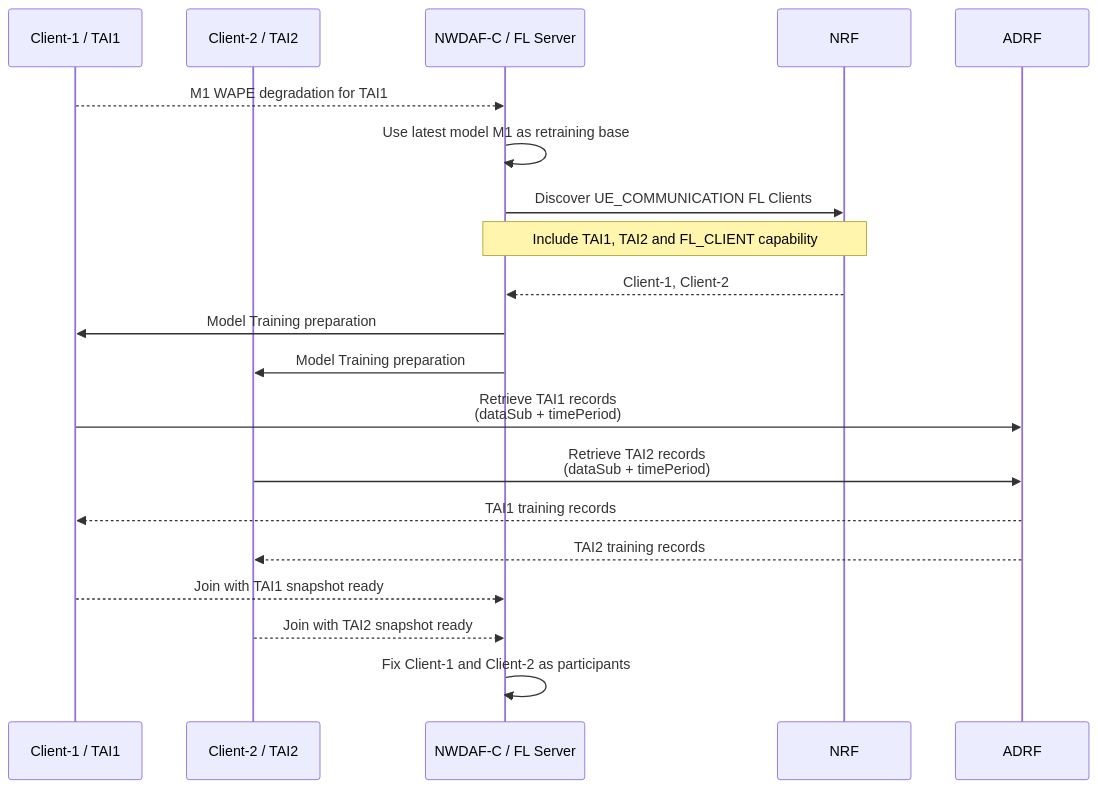
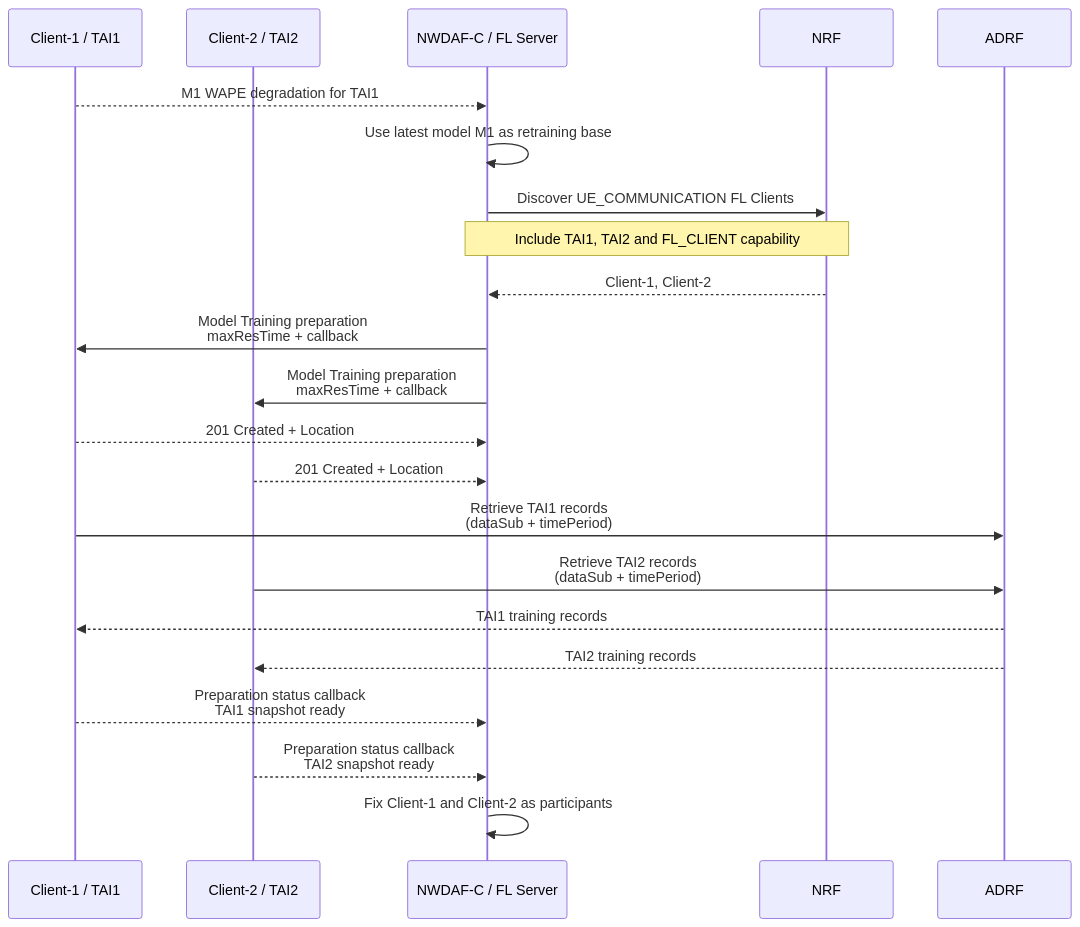
Before and after one commit to ChingJe/nwdaf-docs: the sixth of 9 diagrams in docs/notes/distributed/overview/federated_retraining_meeting_overview.md, drawn with Mermaid. The commit also changed other lines of this file and 4 other files, not shown here.

````diff
--- a/docs/notes/distributed/overview/federated_retraining_meeting_overview.md
+++ b/docs/notes/distributed/overview/federated_retraining_meeting_overview.md
@@ -145,24 +145,26 @@
 ```mermaid
 sequenceDiagram
     participant A as Client-1 / TAI1
     participant B as Client-2 / TAI2
     participant C as NWDAF-C / FL Server
     participant NRF as NRF
     participant ADRF as ADRF
 
     A-->>C: M1 WAPE degradation for TAI1
     C->>C: Use latest model M1 as retraining base
     C->>NRF: Discover UE_COMMUNICATION FL Clients
     Note over C,NRF: Include TAI1, TAI2 and FL_CLIENT capability
     NRF-->>C: Client-1, Client-2
 
-    C->>A: Model Training preparation
-    C->>B: Model Training preparation
+    C->>A: Model Training preparation<br/>maxResTime + callback
+    C->>B: Model Training preparation<br/>maxResTime + callback
+    A-->>C: 201 Created + Location
+    B-->>C: 201 Created + Location
     A->>ADRF: Retrieve TAI1 records<br/>(dataSub + timePeriod)
     B->>ADRF: Retrieve TAI2 records<br/>(dataSub + timePeriod)
     ADRF-->>A: TAI1 training records
     ADRF-->>B: TAI2 training records
-    A-->>C: Join with TAI1 snapshot ready
-    B-->>C: Join with TAI2 snapshot ready
+    A-->>C: Preparation status callback<br/>TAI1 snapshot ready
+    B-->>C: Preparation status callback<br/>TAI2 snapshot ready
     C->>C: Fix Client-1 and Client-2 as participants
 ```
````
